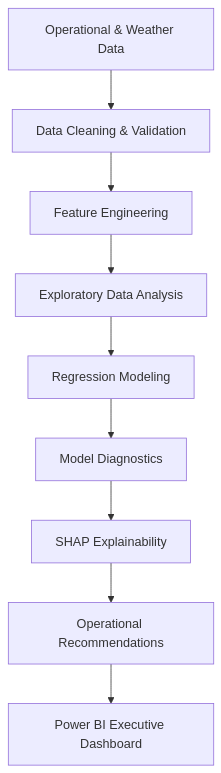
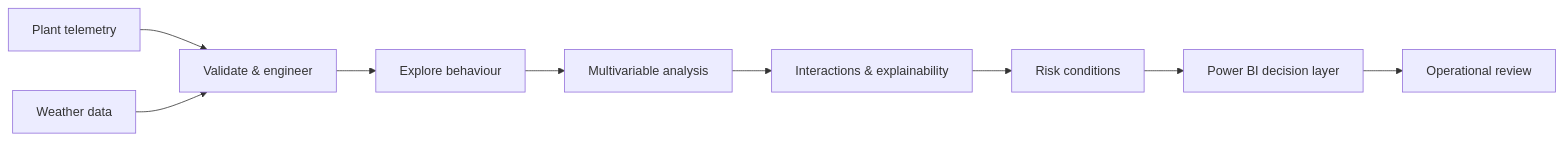
One commit to danyyen/dp-driver-analysis changed the diagram in README.md. Above: the diagram before and after it, drawn with Mermaid. The commit also changed other lines of this file and 5 other files, not shown here.

````diff
--- a/README.md
+++ b/README.md
@@ -42,11 +128,11 @@
 ```mermaid
-flowchart TD
-    A[Operational & Weather Data] --> B[Data Cleaning & Validation]
-    B --> C[Feature Engineering]
-    C --> D[Exploratory Data Analysis]
-    D --> E[Regression Modeling]
-    E --> F[Model Diagnostics]
-    F --> G[SHAP Explainability]
-    G --> H[Operational Recommendations]
-    H --> I[Power BI Executive Dashboard]
+flowchart LR
+    A[Plant telemetry] --> C[Validate & engineer]
+    B[Weather data] --> C
+    C --> D[Explore behaviour]
+    D --> E[Multivariable analysis]
+    E --> F[Interactions & explainability]
+    F --> G[Risk conditions]
+    G --> H[Power BI decision layer]
+    H --> I[Operational review]
 ```
````
